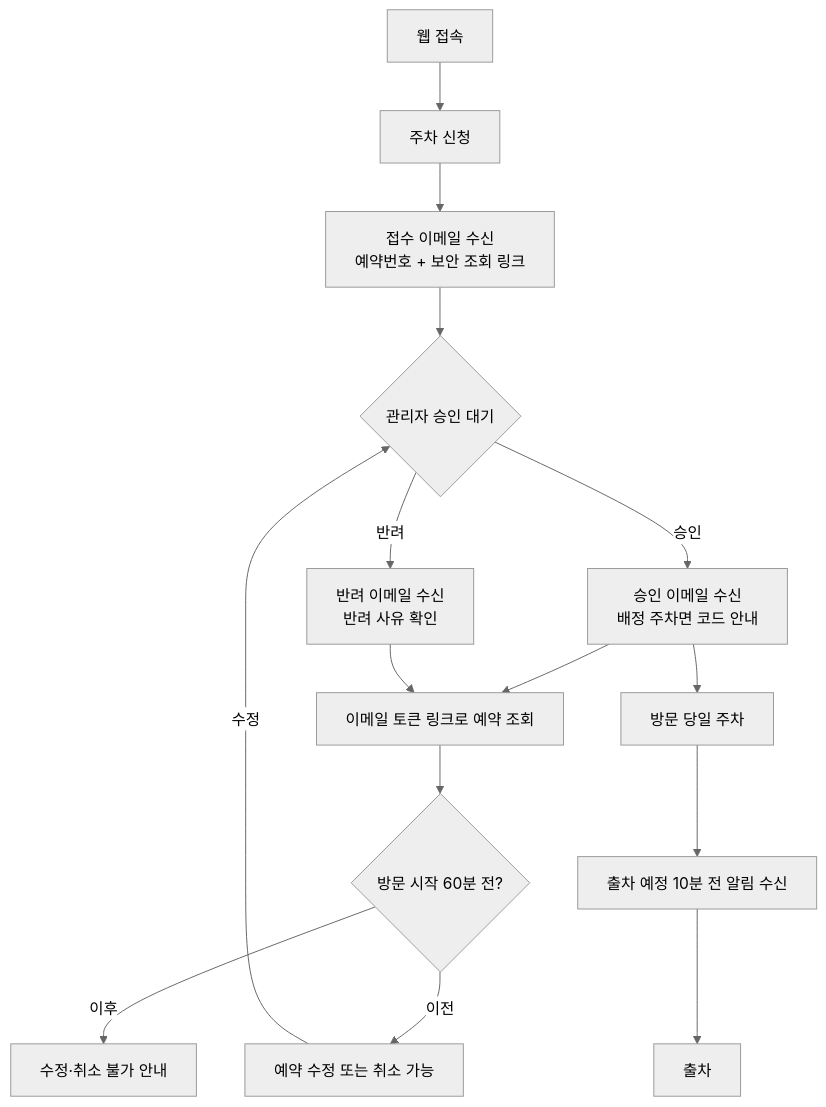
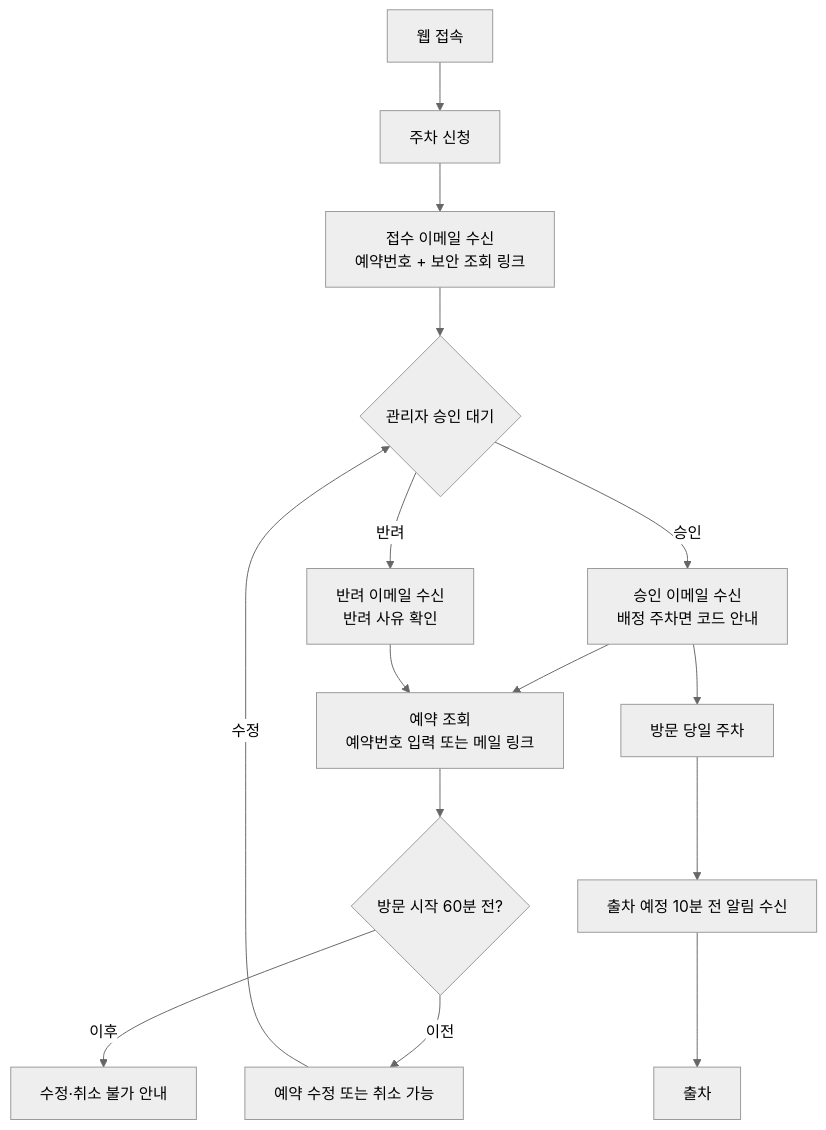
One commit to leejyeone/ParkingSystem changed the first of 5 diagrams in README.md. Above: the diagram before and after it, drawn with Mermaid (neutral theme). The commit also changed other lines of this file and 66 other files, not shown here.

````diff
--- a/README.md
+++ b/README.md
@@ -144,17 +169,17 @@
 ```mermaid
 flowchart TD
     A[웹 접속] --> B[주차 신청]
     B --> C[접수 이메일 수신<br/>예약번호 + 보안 조회 링크]
     C --> D{관리자 승인 대기}
     D -->|승인| E[승인 이메일 수신<br/>배정 주차면 코드 안내]
     D -->|반려| F[반려 이메일 수신<br/>반려 사유 확인]
-    E --> G[이메일 토큰 링크로 예약 조회]
+    E --> G[예약 조회<br/>예약번호 입력 또는 메일 링크]
     F --> G
     G --> H{방문 시작 60분 전?}
     H -->|이전| I[예약 수정 또는 취소 가능]
     H -->|이후| J[수정·취소 불가 안내]
     I -->|수정| D
     E --> K[방문 당일 주차]
     K --> L[출차 예정 10분 전 알림 수신]
     L --> M[출차]
 ```
````
